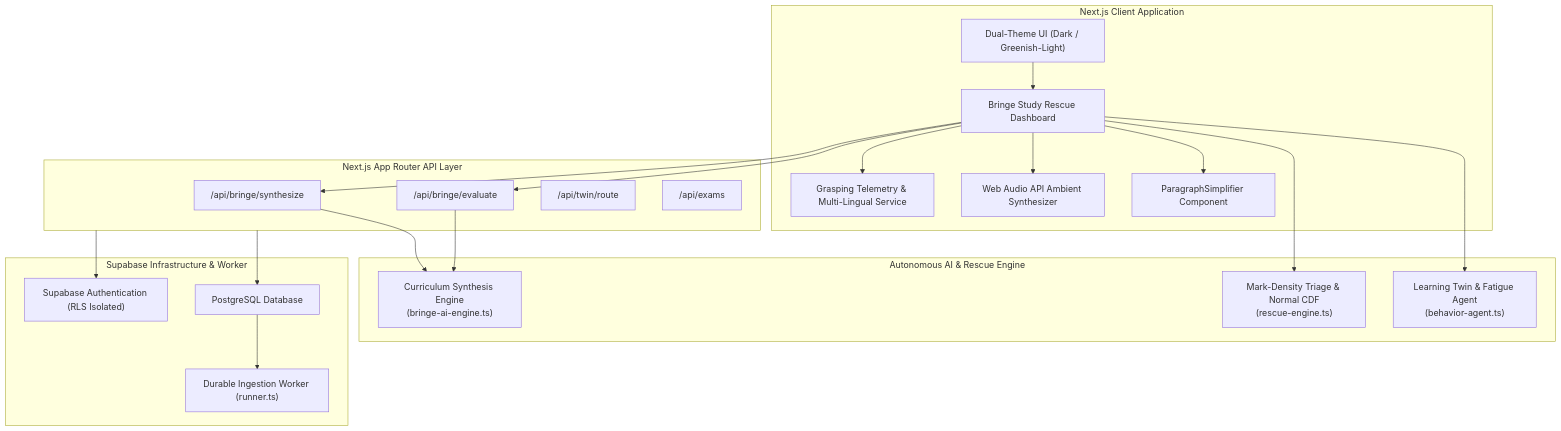
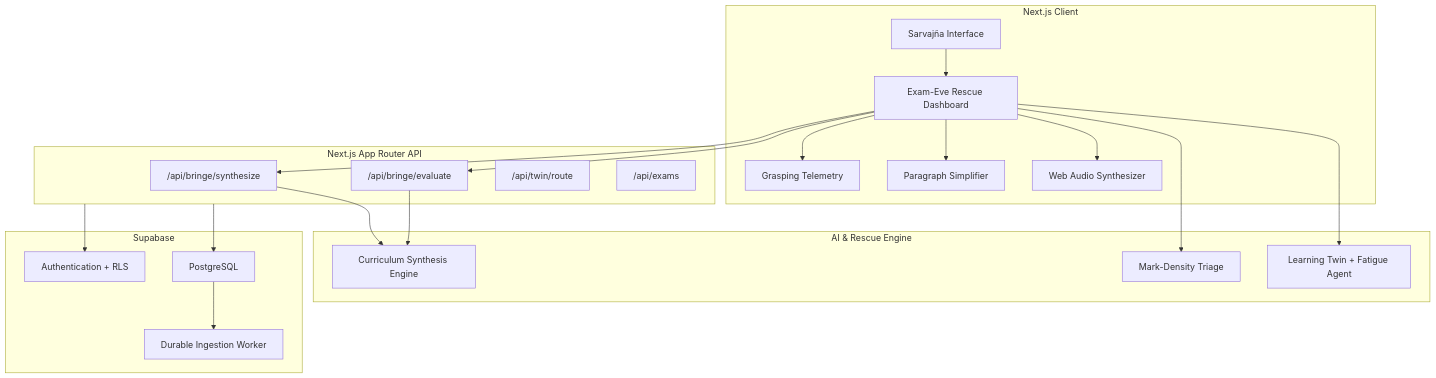
Before and after one commit to kashyapdayal/Sarvajna: the second of 3 diagrams in README.md, drawn with Mermaid. The commit also changed other lines of this file and 3 other files, not shown here.

````diff
--- a/README.md
+++ b/README.md
@@ -116,43 +406,46 @@
 ```mermaid
 flowchart TD
-    subgraph ClientApp ["Next.js Client Application"]
-        UI["Dual-Theme UI (Dark / Greenish-Light)"]
-        Bringe["Bringe Study Rescue Dashboard"]
-        Grasping["Grasping Telemetry & Multi-Lingual Service"]
-        Audio["Web Audio API Ambient Synthesizer"]
-        Simp["ParagraphSimplifier Component"]
+    subgraph Client["Next.js Client"]
+        UI["Sarvajña Interface"]
+        Rescue["Exam-Eve Rescue Dashboard"]
+        Grasp["Grasping Telemetry"]
+        Simplifier["Paragraph Simplifier"]
+        Audio["Web Audio Synthesizer"]
     end
 
-    subgraph CoreEngine ["Autonomous AI & Rescue Engine"]
-        Engine["Curriculum Synthesis Engine<br/>(bringe-ai-engine.ts)"]
-        Knapsack["Mark-Density Triage & Normal CDF<br/>(rescue-engine.ts)"]
-        Behavior["Learning Twin & Fatigue Agent<br/>(behavior-agent.ts)"]
+    subgraph AI["AI & Rescue Engine"]
+        Synthesis["Curriculum Synthesis Engine"]
+        Triage["Mark-Density Triage"]
+        Behavior["Learning Twin + Fatigue Agent"]
     end
 
-    subgraph BackendAPI ["Next.js App Router API Layer"]
+    subgraph API["Next.js App Router API"]
         SynthAPI["/api/bringe/synthesize"]
         EvalAPI["/api/bringe/evaluate"]
         TwinAPI["/api/twin/route"]
         ExamAPI["/api/exams"]
     end
 
-    subgraph StorageLayer ["Supabase Infrastructure & Worker"]
-        Auth["Supabase Authentication (RLS Isolated)"]
-        DB["PostgreSQL Database"]
-        Worker["Durable Ingestion Worker (runner.ts)"]
+    subgraph Storage["Supabase"]
+        Auth["Authentication + RLS"]
+        DB["PostgreSQL"]
+        Worker["Durable Ingestion Worker"]
     end
 
-    UI --> Bringe
-    Bringe --> Grasping
-    Bringe --> Simp
-    Bringe --> Audio
-    Bringe --> SynthAPI
-    Bringe --> EvalAPI
-    SynthAPI --> Engine
-    EvalAPI --> Engine
-    Bringe --> Knapsack
-    Bringe --> Behavior
-    BackendAPI --> Auth
-    BackendAPI --> DB
+    UI --> Rescue
+    Rescue --> Grasp
+    Rescue --> Simplifier
+    Rescue --> Audio
+
+    Rescue --> SynthAPI
+    Rescue --> EvalAPI
+    Rescue --> Triage
+    Rescue --> Behavior
+
+    SynthAPI --> Synthesis
+    EvalAPI --> Synthesis
+
+    API --> Auth
+    API --> DB
     DB --> Worker
 ```
````
